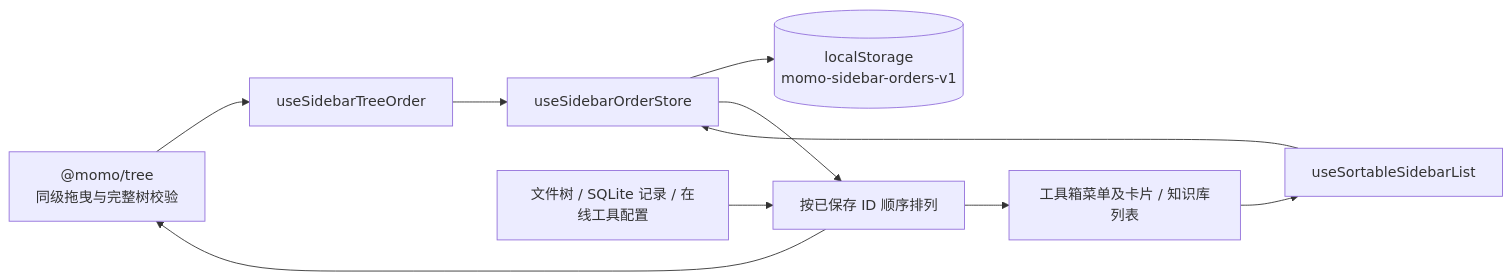
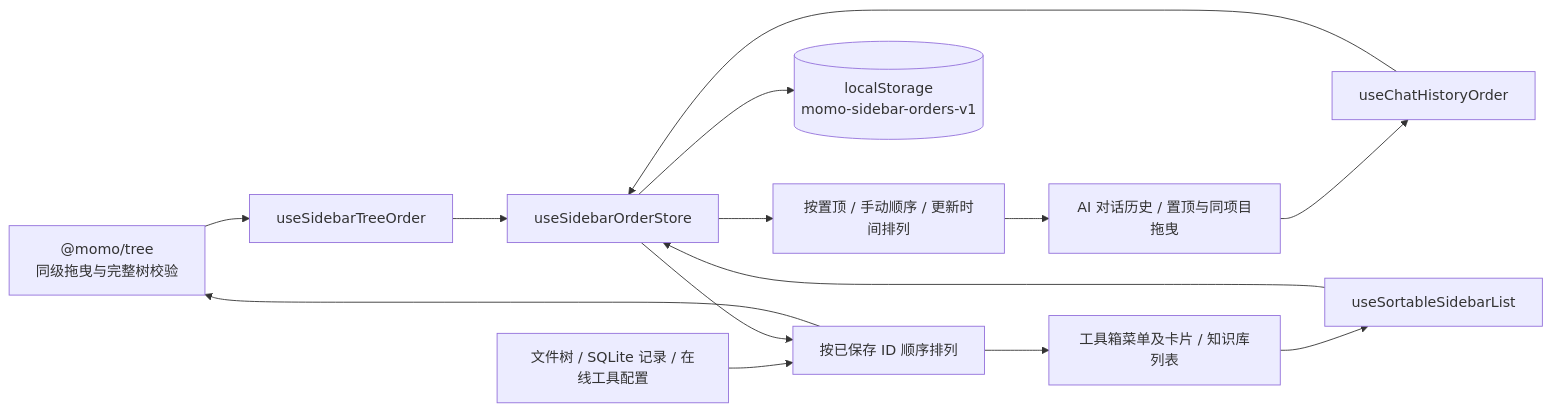
The diagram in docs/architecture/sidebar-ordering.md (zhangxinggang/momo-ai), drawn with Mermaid before and after one commit. The commit also changed other lines of this file and 168 other files, not shown here.

````diff
--- a/docs/architecture/sidebar-ordering.md
+++ b/docs/architecture/sidebar-ordering.md
@@ -3,12 +3,16 @@
 ```mermaid
 flowchart LR
   Tree["@momo/tree<br/>同级拖曳与完整树校验"] --> TreeHook[useSidebarTreeOrder]
   Lists[工具箱菜单及卡片 / 知识库列表] --> ListHook[useSortableSidebarList]
   TreeHook --> OrderStore[useSidebarOrderStore]
   ListHook --> OrderStore
+  Chat[AI 对话历史 / 置顶与同项目拖曳] --> ChatHook[useChatHistoryOrder]
+  ChatHook --> OrderStore
+  OrderStore --> ChatSort[按置顶 / 手动顺序 / 更新时间排列]
+  ChatSort --> Chat
   OrderStore --> Storage[(localStorage<br/>momo-sidebar-orders-v1)]
   Data[文件树 / SQLite 记录 / 在线工具配置] --> Sort[按已保存 ID 顺序排列]
   OrderStore --> Sort
   Sort --> Tree
   Sort --> Lists
 ```
````
